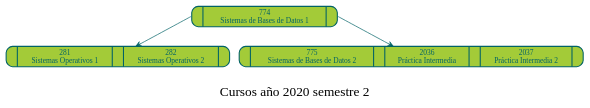
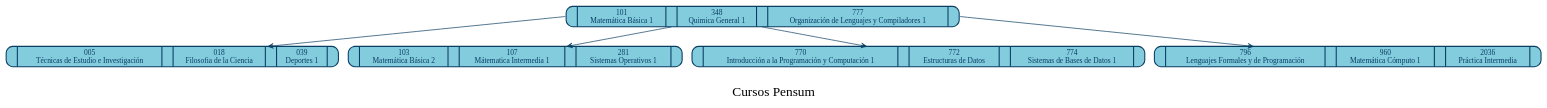
The diagram in Fase_2/Archivos_dot/CursosPensum.dot (DanielDubonDR/EDD_SmartClass_201901772), drawn with Graphviz before and after one commit. The commit also changed 2 other files, not shown here.

```diff
--- a/Fase_2/Archivos_dot/CursosPensum.dot
+++ b/Fase_2/Archivos_dot/CursosPensum.dot
@@ -1,15 +1,19 @@
  
         digraph BTree
         {
-        label="\nCursos año 2020 semestre 2" fontsize=25;
+        label="\nCursos Pensum" fontsize=25;
         rankdir=TB;
-        node[color=" #006266",style="filled, rounded", fillcolor=" #A3CB38", shape=record penwidth=2, fontcolor=" #006266"];
-        edge[color=" #006266" penwidth=1.3 arrowhead=vee];
+        node[color=" #0a3d62",style="filled, rounded", fillcolor=" #82ccdd", shape=record penwidth=2, fontcolor=" #0a3d62"];
+        edge[color=" #0a3d62" penwidth=1.3 arrowhead=vee];
         splines=false;
         
-		Nodo774[label="<f0> | <f1>774\nSistemas de Bases de Datos 1 | <f2>  ", group=0];
-		Nodo281[label="<f0> | <f1>281\nSistemas Operativos 1 | <f2>  | <f3>282\nSistemas Operativos 2 | <f4>  ", group=0];
-		Nodo775[label="<f0> | <f1>775\nSistemas de Bases de Datos 2 | <f2>  | <f3>2036\nPráctica Intermedia | <f4>  | <f5>2037\nPráctica Intermedia 2 | <f6>  ", group=0];
-		Nodo774:f0->Nodo281
-		Nodo774:f2->Nodo775
+		Nodo101[label="<f0> | <f1>101\nMatemática Básica 1 | <f2>  | <f3>348\nQuimica General 1 | <f4>  | <f5>777\nOrganización de Lenguajes y Compiladores 1 | <f6>  ", group=0];
+		Nodo005[label="<f0> | <f1>005\nTécnicas de Estudio e Investigación | <f2>  | <f3>018\nFilosofia de la Ciencia | <f4>  | <f5>039\nDeportes 1 | <f6>  ", group=0];
+		Nodo103[label="<f0> | <f1>103\nMatemática Básica 2 | <f2>  | <f3>107\nMátematica Intermedia 1 | <f4>  | <f5>281\nSistemas Operativos 1 | <f6>  ", group=0];
+		Nodo770[label="<f0> | <f1>770\nIntroducción a la Programación y Computación 1 | <f2>  | <f3>772\nEstructuras de Datos | <f4>  | <f5>774\nSistemas de Bases de Datos 1 | <f6>  ", group=0];
+		Nodo796[label="<f0> | <f1>796\nLenguajes Formales y de Programación | <f2>  | <f3>960\nMatemática Cómputo 1 | <f4>  | <f5>2036\nPráctica Intermedia | <f6>  ", group=0];
+		Nodo101:f0->Nodo005
+		Nodo101:f2->Nodo103
+		Nodo101:f4->Nodo770
+		Nodo101:f6->Nodo796
 	}
```
